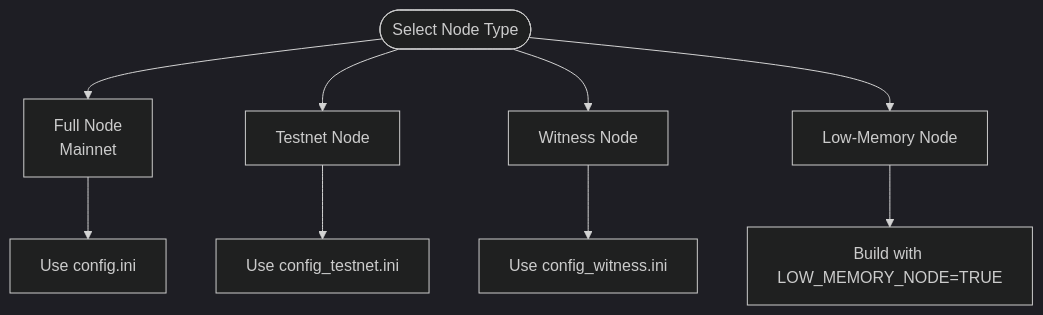
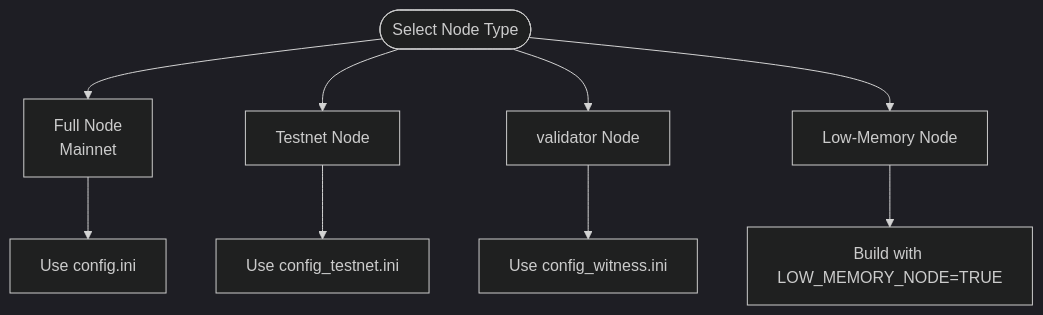
One commit to VIZ-Blockchain/viz-cpp-node changed the third of 6 diagrams in .qoder/repowiki/en/content/Configuration Management/Configuration Management.md. Above: the diagram before and after it, drawn with Mermaid (dark theme). The commit also changed other lines of this file and 88 other files, not shown here.

First line of the commit message:
docs(validator): rename witness to validator throughout documentation

````diff
--- a/.qoder/repowiki/en/content/Configuration Management/Configuration Management.md
+++ b/.qoder/repowiki/en/content/Configuration Management/Configuration Management.md
@@ -205,11 +205,11 @@
 ```mermaid
 flowchart TD
 Start(["Select Node Type"]) --> Full["Full Node<br/>Mainnet"]
 Start --> Testnet["Testnet Node"]
-Start --> Witness["Witness Node"]
+Start --> validator["validator Node"]
 Start --> LowMem["Low-Memory Node"]
 Full --> FullCfg["Use config.ini"]
 Testnet --> TestCfg["Use config_testnet.ini"]
-Witness --> WitCfg["Use config_witness.ini"]
+validator --> WitCfg["Use config_witness.ini"]
 LowMem --> LowMemFlag["Build with LOW_MEMORY_NODE=TRUE"]
 ```
````
